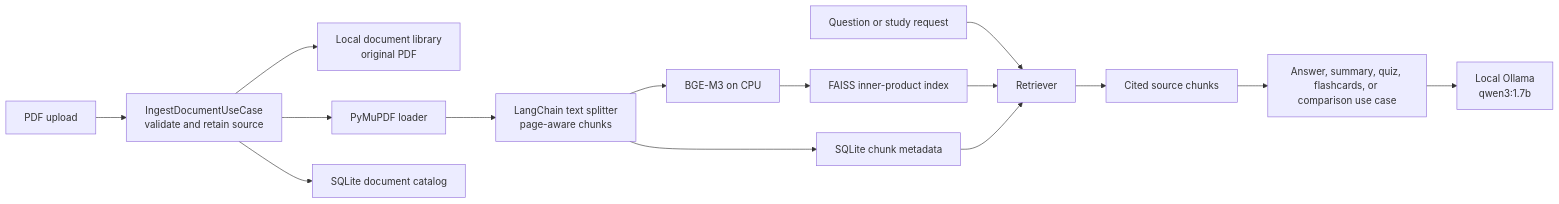
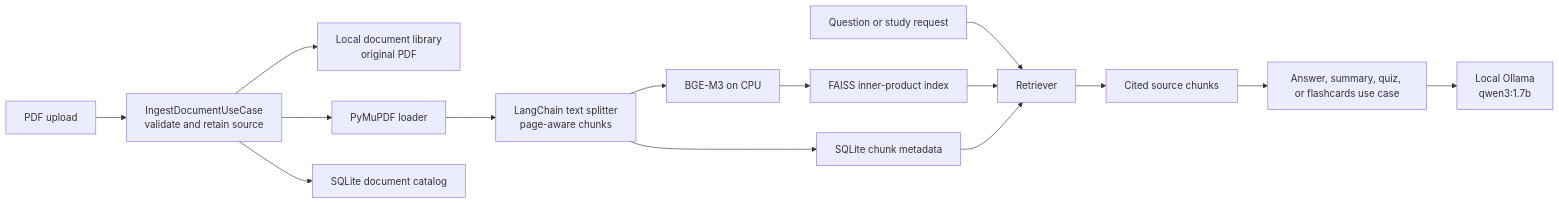
The third of 4 diagrams in docs/Architecture.md (FearOfTheSea/ScholarAgent), drawn with Mermaid before and after one commit. The commit also changed other lines of this file and 43 other files, not shown here.

````diff
--- a/docs/Architecture.md
+++ b/docs/Architecture.md
@@ -46,18 +46,18 @@
 ```mermaid
 flowchart LR
     pdf["PDF upload"] --> validate["IngestDocumentUseCase\nvalidate and retain source"]
     validate --> library["Local document library\noriginal PDF"]
     validate --> loader["PyMuPDF loader"]
     loader --> chunker["LangChain text splitter\npage-aware chunks"]
     chunker --> embeddings["BGE-M3 on CPU"]
     embeddings --> vectors["FAISS inner-product index"]
     chunker --> metadata["SQLite chunk metadata"]
     validate --> catalog["SQLite document catalog"]
 
     question["Question or study request"] --> retriever["Retriever"]
     vectors --> retriever
     metadata --> retriever
     retriever --> evidence["Cited source chunks"]
-    evidence --> use_case["Answer, summary, quiz, flashcards, or comparison use case"]
+    evidence --> use_case["Answer, summary, quiz, or flashcards use case"]
     use_case --> ollama["Local Ollama\nqwen3:1.7b"]
 ```
````
